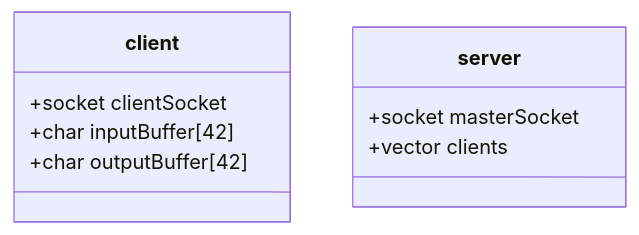
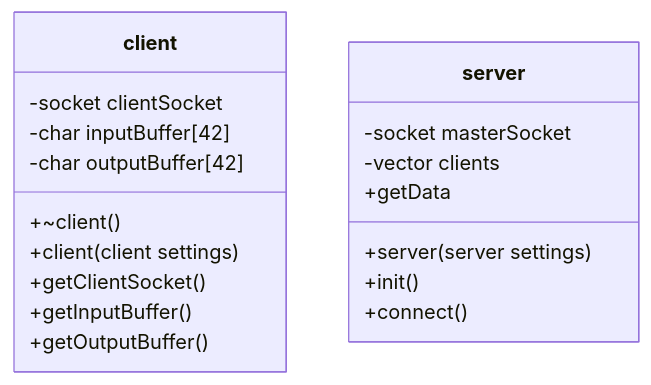
The second of 2 diagrams in Readme.md (simon-ameye/42-ft_irc), drawn with Mermaid before and after one commit. The commit also changed other lines of this file, not shown here.

````diff
--- a/Readme.md
+++ b/Readme.md
@@ -56,13 +55,23 @@
 ```mermaid
 classDiagram
     class client{
-        +socket clientSocket
-        +char inputBuffer[42]
-        +char outputBuffer[42]
+        +~client()
+        +client(client settings)
+        +getClientSocket()
+        +getInputBuffer()
+        +getOutputBuffer()
+        -socket clientSocket
+        -char inputBuffer[42]
+        -char outputBuffer[42]
     }
 
     class server{
-        +socket masterSocket
-        +vector<client> clients
+        +server(server settings)
+        -socket masterSocket
+        -vector<client> clients
+        +init()
+        +connect()
+        +getData
     }
+
 ```
````
